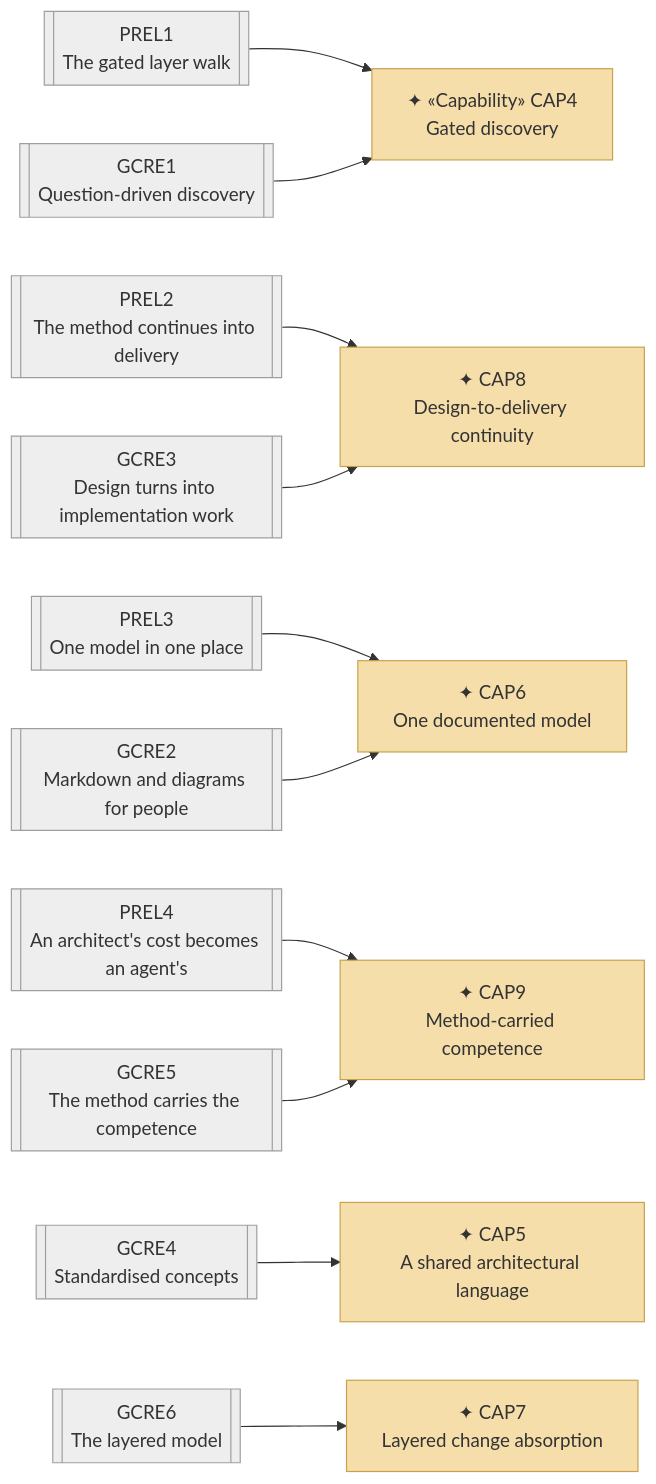
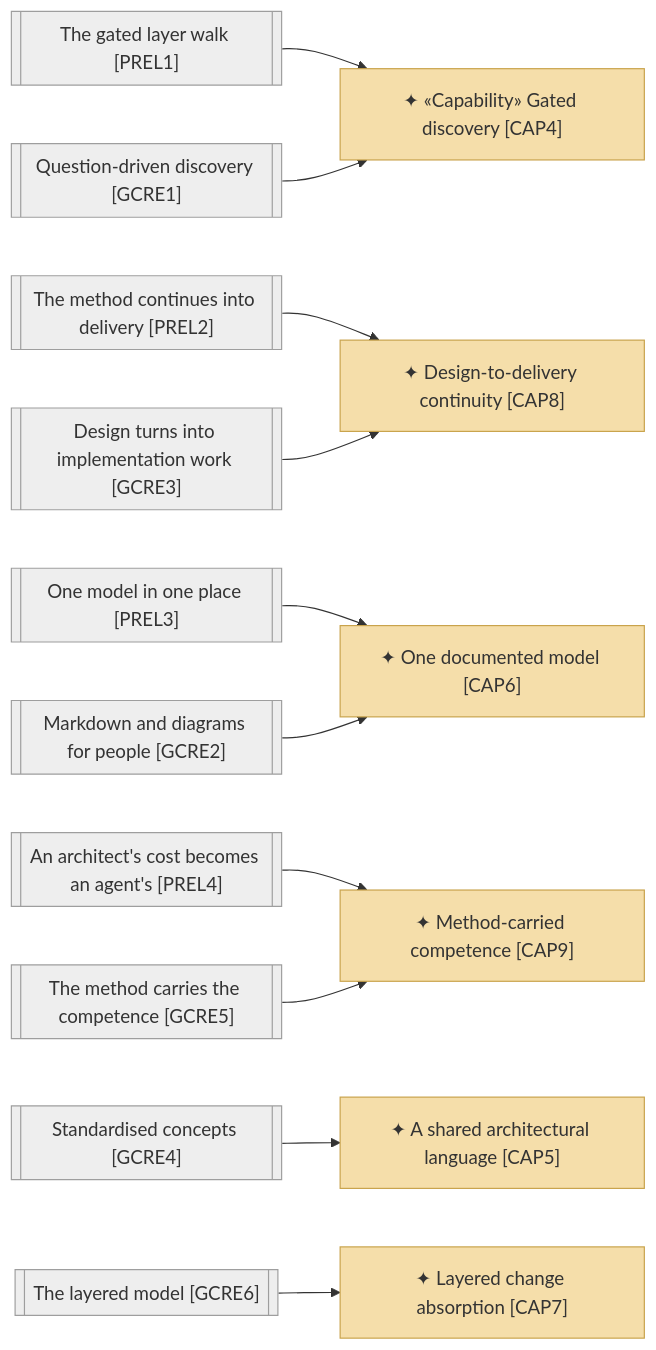
The third of 6 diagrams in org-archreator/architecture/1_strategy/2_capabilities-and-resources.md (roanboc/architecture-archreator), drawn with Mermaid before and after one commit. The commit also changed other lines of this file and 38 other files, not shown here.

````diff
--- a/org-archreator/architecture/1_strategy/2_capabilities-and-resources.md
+++ b/org-archreator/architecture/1_strategy/2_capabilities-and-resources.md
@@ -129,34 +129,34 @@
 ```mermaid
 flowchart LR
-  prel1[["PREL1<br>The gated layer walk"]]:::canvas
-  prel2[["PREL2<br>The method continues into delivery"]]:::canvas
-  prel3[["PREL3<br>One model in one place"]]:::canvas
-  prel4[["PREL4<br>An architect's cost becomes an agent's"]]:::canvas
-  gcre1[["GCRE1<br>Question-driven discovery"]]:::canvas
-  gcre2[["GCRE2<br>Markdown and diagrams for people"]]:::canvas
-  gcre3[["GCRE3<br>Design turns into implementation work"]]:::canvas
-  gcre4[["GCRE4<br>Standardised concepts"]]:::canvas
-  gcre5[["GCRE5<br>The method carries the competence"]]:::canvas
-  gcre6[["GCRE6<br>The layered model"]]:::canvas
+  prel1[["The gated layer walk [PREL1]"]]:::canvas
+  prel2[["The method continues into delivery [PREL2]"]]:::canvas
+  prel3[["One model in one place [PREL3]"]]:::canvas
+  prel4[["An architect's cost becomes an agent's [PREL4]"]]:::canvas
+  gcre1[["Question-driven discovery [GCRE1]"]]:::canvas
+  gcre2[["Markdown and diagrams for people [GCRE2]"]]:::canvas
+  gcre3[["Design turns into implementation work [GCRE3]"]]:::canvas
+  gcre4[["Standardised concepts [GCRE4]"]]:::canvas
+  gcre5[["The method carries the competence [GCRE5]"]]:::canvas
+  gcre6[["The layered model [GCRE6]"]]:::canvas
 
-  cap4["✦ «Capability» CAP4<br>Gated discovery"]:::capability
-  cap5["✦ CAP5<br>A shared architectural language"]:::capability
-  cap6["✦ CAP6<br>One documented model"]:::capability
-  cap7["✦ CAP7<br>Layered change absorption"]:::capability
-  cap8["✦ CAP8<br>Design-to-delivery continuity"]:::capability
-  cap9["✦ CAP9<br>Method-carried competence"]:::capability
+  cap4["✦ «Capability» Gated discovery [CAP4]"]:::capability
+  cap5["✦ A shared architectural language [CAP5]"]:::capability
+  cap6["✦ One documented model [CAP6]"]:::capability
+  cap7["✦ Layered change absorption [CAP7]"]:::capability
+  cap8["✦ Design-to-delivery continuity [CAP8]"]:::capability
+  cap9["✦ Method-carried competence [CAP9]"]:::capability
 
   prel1 --> cap4
   gcre1 --> cap4
   gcre4 --> cap5
   prel3 --> cap6
   gcre2 --> cap6
   gcre6 --> cap7
   prel2 --> cap8
   gcre3 --> cap8
   prel4 --> cap9
   gcre5 --> cap9
 
   classDef canvas fill:#eeeeee,stroke:#9e9e9e,color:#333
   classDef capability fill:#f5deaa,stroke:#c8a24a,color:#333
 ```
````
